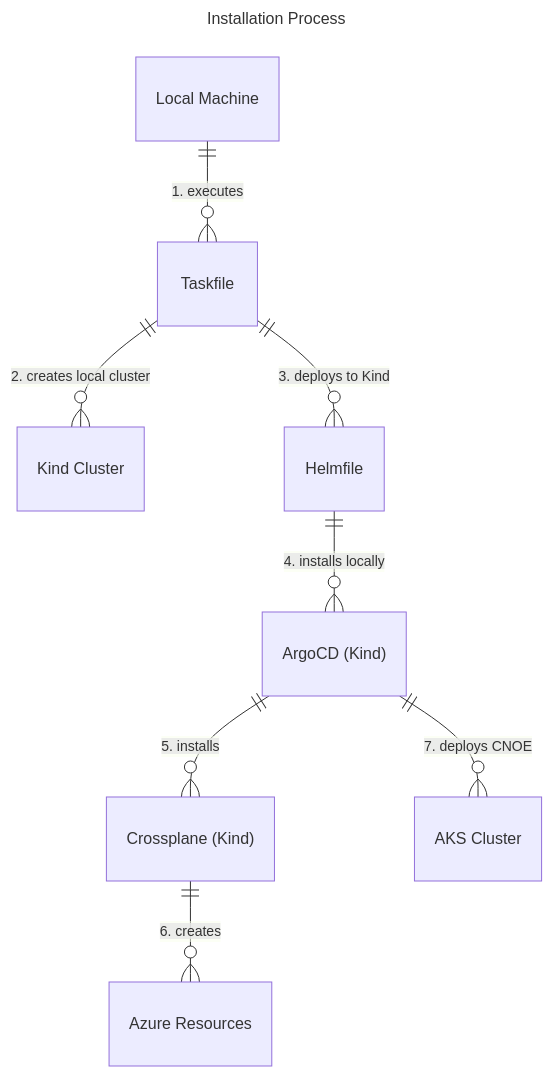
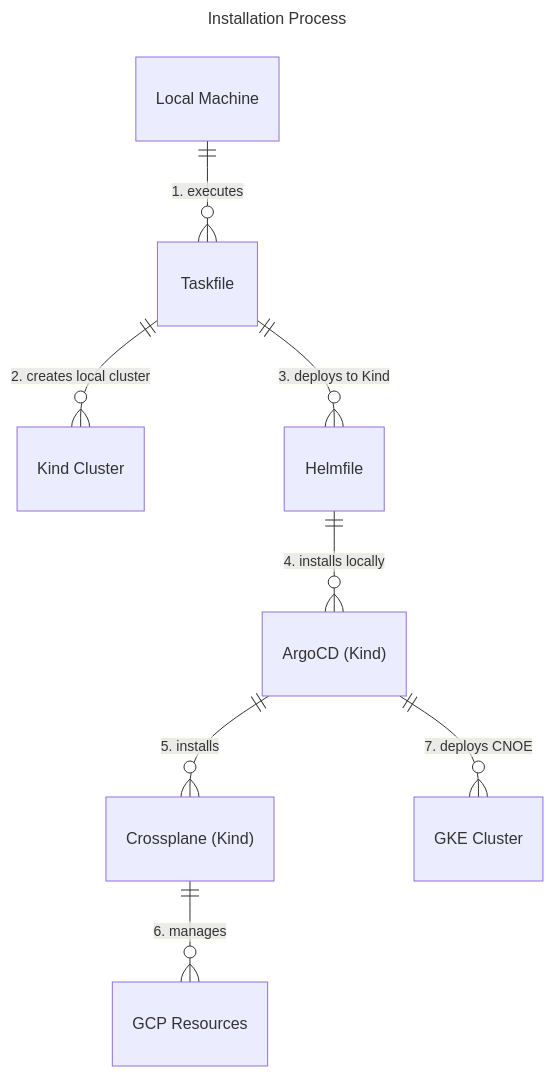
The diagram in README.md (cnoe-io/reference-implementation-google), drawn with Mermaid before and after one commit. The commit also changed other lines of this file and 3 other files, not shown here.

````diff
--- a/README.md
+++ b/README.md
@@ -153,13 +155,13 @@
 ```mermaid
 ---
 title: Installation Process
 ---
 erDiagram
   "Local Machine" ||--o{ "Taskfile" : "1. executes"
   "Taskfile" ||--o{ "Kind Cluster" : "2. creates local cluster"
   "Taskfile" ||--o{ "Helmfile" : "3. deploys to Kind"
   "Helmfile" ||--o{ "ArgoCD (Kind)" : "4. installs locally"
   "ArgoCD (Kind)" ||--o{ "Crossplane (Kind)" : "5. installs"
-  "Crossplane (Kind)" ||--o{ "Azure Resources" : "6. creates"
-  "ArgoCD (Kind)" ||--o{ "AKS Cluster" : "7. deploys CNOE"
+  "Crossplane (Kind)" ||--o{ "GCP Resources" : "6. manages"
+  "ArgoCD (Kind)" ||--o{ "GKE Cluster" : "7. deploys CNOE"
 ```
````
